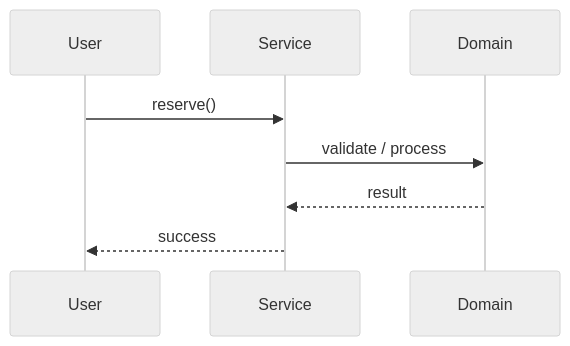
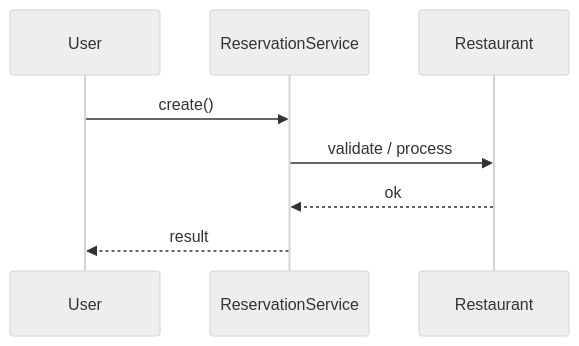
One commit to madhupaila/Interview-Prep-SSE changed the second of 3 diagrams in Learn/System Design - Low Level Design/02-classic-ood/questions/Q51-table-reservation.md. Above: the diagram before and after it, drawn with Mermaid (neutral theme). The commit also changed other lines of this file and 491 other files, not shown here.

````diff
--- a/Learn/System Design - Low Level Design/02-classic-ood/questions/Q51-table-reservation.md
+++ b/Learn/System Design - Low Level Design/02-classic-ood/questions/Q51-table-reservation.md
@@ -121,10 +148,10 @@
 ```mermaid
 sequenceDiagram
-    participant U as User
-    participant S as Service
-    participant D as Domain
-    U->>S: reserve()
-    S->>D: validate / process
-    D-->>S: result
-    S-->>U: success
+participant U as User
+participant S as ReservationService
+participant D as Restaurant
+U->>S: create()
+S->>D: validate / process
+D-->>S: ok
+S-->>U: result
 ```
````
